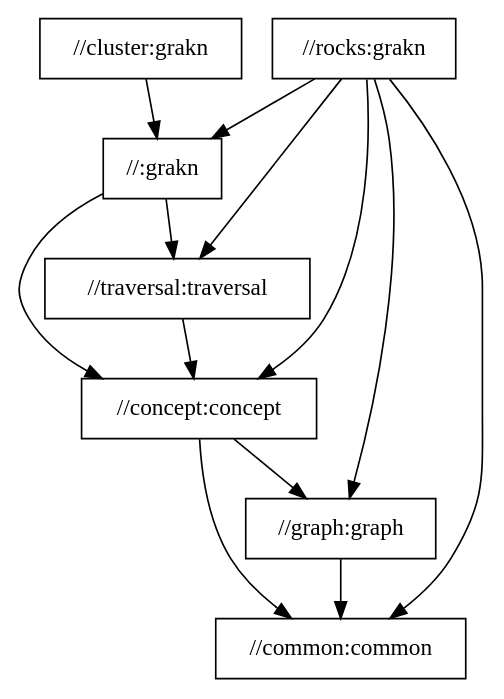
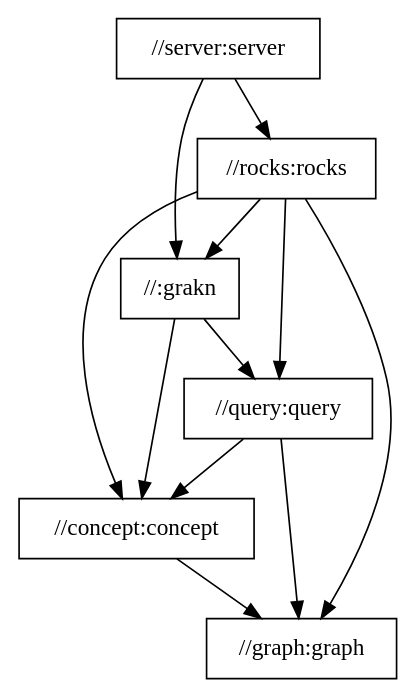
Before and after one commit to typedb/typedb: the diagram in diagrams/package-structure.dot, drawn with Graphviz. The commit also changed 18 other files, not shown here.

Commit message:
Moved //traversal to //graph/traversal and introduced //query

```diff
--- a/diagrams/package-structure.dot
+++ b/diagrams/package-structure.dot
@@ -1,22 +1,20 @@
 digraph mygraph {
-    node [shape = box];
-    "//cluster:grakn"
-    "//cluster:grakn" -> "//:grakn"
-    "//rocks:grakn"
-    "//rocks:grakn" -> "//:grakn"
-    "//rocks:grakn" -> "//common:common"
-    "//rocks:grakn" -> "//concept:concept"
-    "//rocks:grakn" -> "//graph:graph"
-    "//rocks:grakn" -> "//traversal:traversal"
-    "//:grakn"
-    "//:grakn" -> "//concept:concept"
-    "//:grakn" -> "//traversal:traversal"
-    "//traversal:traversal"
-    "//traversal:traversal" -> "//concept:concept"
-    "//concept:concept"
-    "//concept:concept" -> "//common:common"
-    "//concept:concept" -> "//graph:graph"
-    "//graph:graph"
-    "//graph:graph" -> "//common:common"
-    "//common:common"
+  node [shape=box];
+  "//server:server"
+  "//server:server" -> "//:grakn"
+  "//server:server" -> "//rocks:rocks"
+  "//rocks:rocks"
+  "//rocks:rocks" -> "//:grakn"
+  "//rocks:rocks" -> "//concept:concept"
+  "//rocks:rocks" -> "//graph:graph"
+  "//rocks:rocks" -> "//query:query"
+  "//:grakn"
+  "//:grakn" -> "//concept:concept"
+  "//:grakn" -> "//query:query"
+  "//query:query"
+  "//query:query" -> "//concept:concept"
+  "//query:query" -> "//graph:graph"
+  "//concept:concept"
+  "//concept:concept" -> "//graph:graph"
+  "//graph:graph"
 }
```
